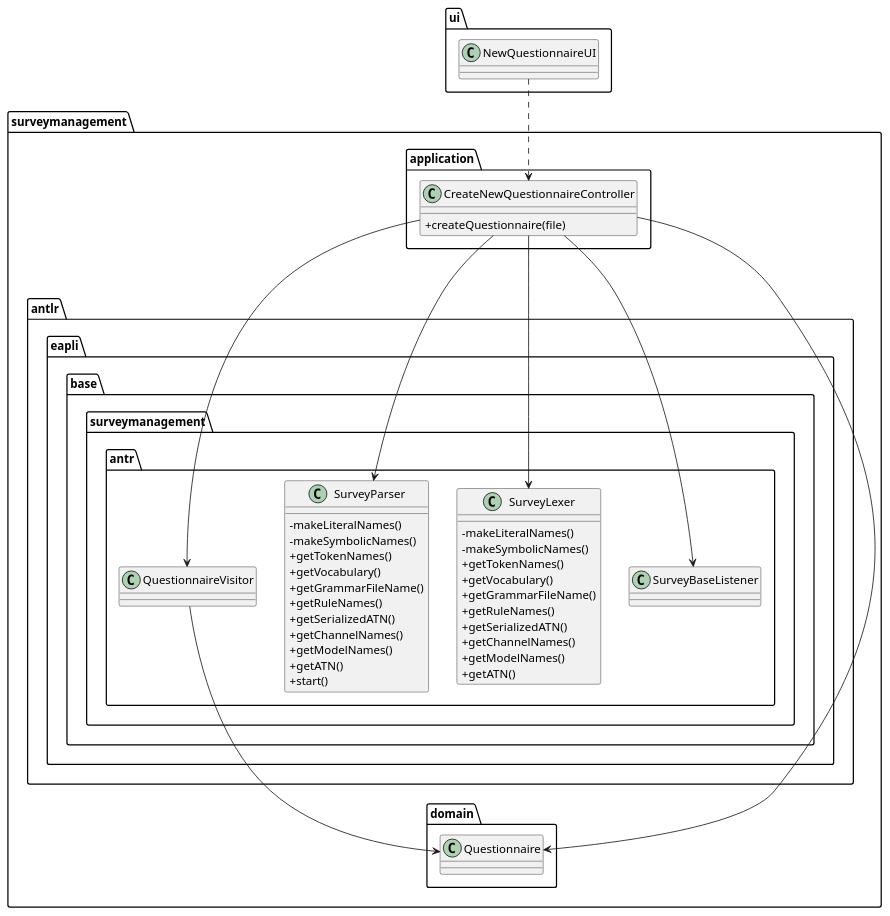
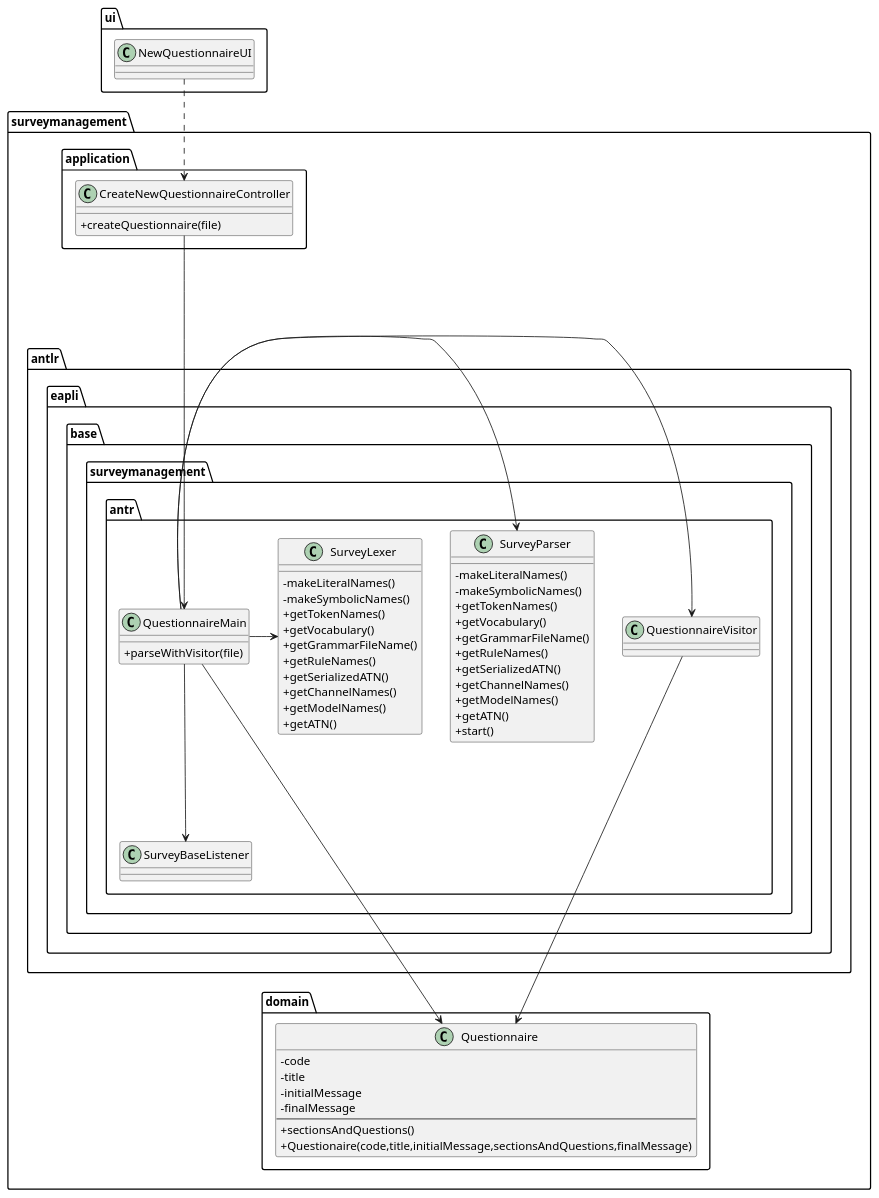
The diagram in docs/1201382/US3001/US3001_CD.puml (0franciscor/lei21_22_s4_2de_01), drawn with PlantUML before and after one commit. The commit also changed 1 other file, not shown here.

Commit message:
#15 Class Diagram updated

```diff
--- a/docs/1201382/US3001/US3001_CD.puml
+++ b/docs/1201382/US3001/US3001_CD.puml
@@ -1,81 +1,93 @@
 @startuml
 'https://plantuml.com/sequence-diagram
 
 skinparam classAttributeIconSize 0
 
 package ui {
 class NewQuestionnaireUI{}
 }
 
 package surveymanagement {
 
 package application{
 class CreateNewQuestionnaireController{
 +createQuestionnaire(file)
 }
 }
 
 package antlr{
 package eapli.base.surveymanagement.antr {
 class SurveyLexer {
 -makeLiteralNames()
 -makeSymbolicNames()
 +getTokenNames()
 +getVocabulary()
 +getGrammarFileName()
 +getRuleNames()
 +getSerializedATN()
 +getChannelNames()
 +getModelNames()
 +getATN()
 }
 
 class SurveyParser {
 -makeLiteralNames()
 -makeSymbolicNames()
 +getTokenNames()
 +getVocabulary()
 +getGrammarFileName()
 +getRuleNames()
 +getSerializedATN()
 +getChannelNames()
 +getModelNames()
 +getATN()
 +start()
 }
 
+class QuestionnaireMain {
++parseWithVisitor(file)
+
+}
 class QuestionnaireVisitor {}
 
 class SurveyBaseListener {}
 
 }
 }
 
 
 
 package domain{
-class Questionnaire {}
+class Questionnaire {
+-code
+-title
+-initialMessage
+-finalMessage
+---
++sectionsAndQuestions()
++Questionaire(code,title,initialMessage,sectionsAndQuestions,finalMessage)
 }
 
 }
 
 
 NewQuestionnaireUI ..> CreateNewQuestionnaireController
 
-CreateNewQuestionnaireController ----> Questionnaire
-CreateNewQuestionnaireController -> QuestionnaireVisitor
-CreateNewQuestionnaireController ---> SurveyBaseListener
-CreateNewQuestionnaireController -> SurveyParser
-CreateNewQuestionnaireController -> SurveyLexer
+CreateNewQuestionnaireController ----> QuestionnaireMain
+QuestionnaireMain ----> Questionnaire
+QuestionnaireMain -> QuestionnaireVisitor
+QuestionnaireMain ---> SurveyBaseListener
+QuestionnaireMain -> SurveyParser
+QuestionnaireMain -> SurveyLexer
 
 QuestionnaireVisitor -> Questionnaire
 
 
 
 
 
 
 
 
 
 @enduml
```
